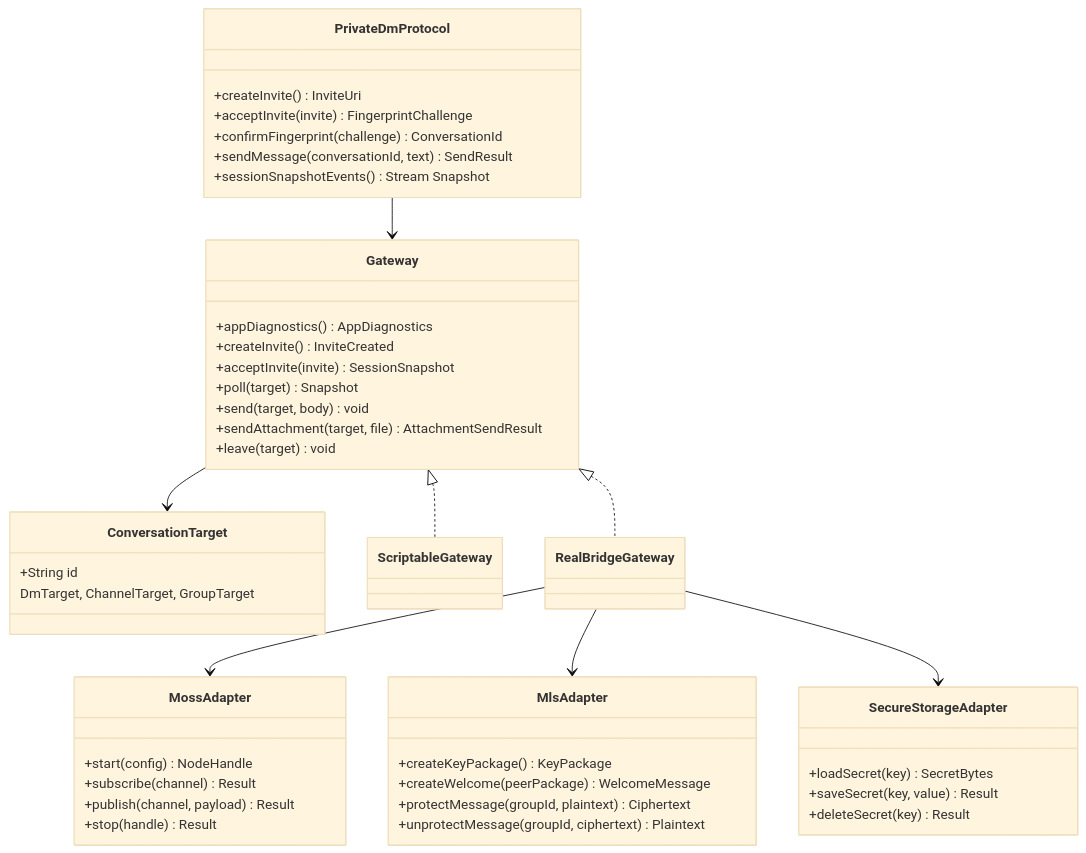
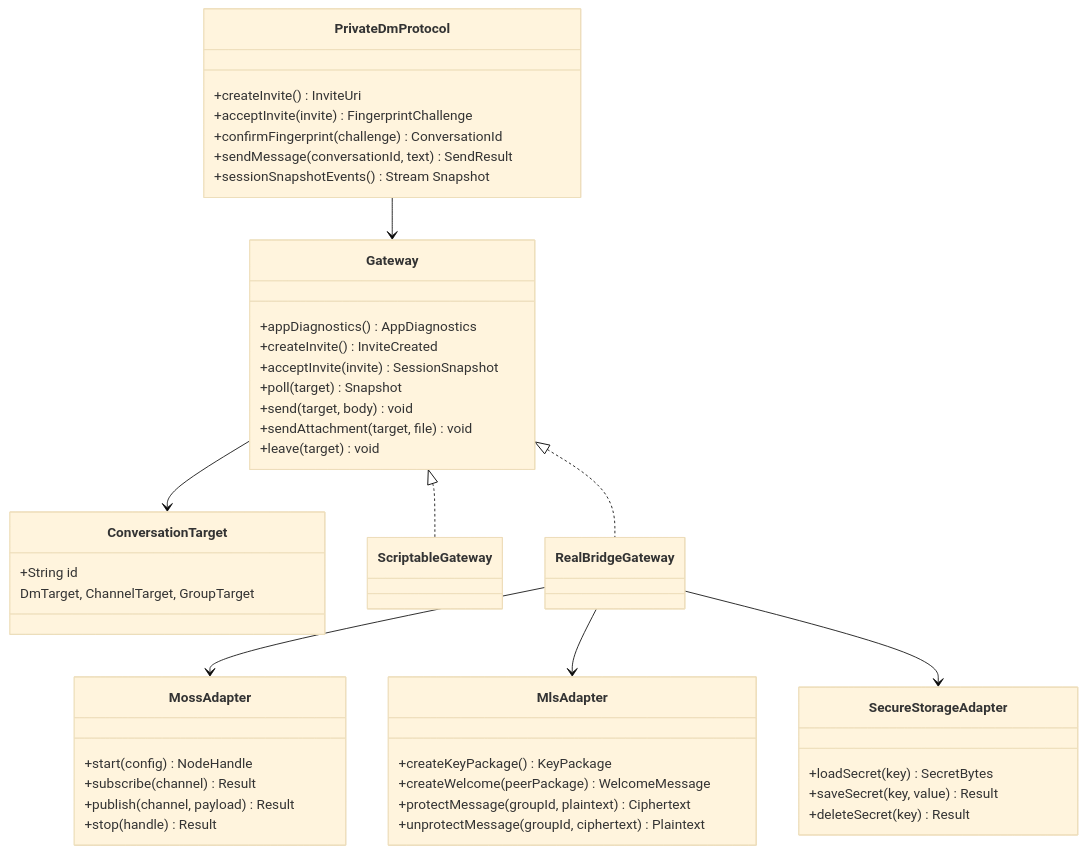
Before and after one commit to redstone-md/mosh-flutter: the sixth of 11 diagrams in docs/Architecture.md, drawn with Mermaid (base theme). The commit also changed other lines of this file and 6 other files, not shown here.

````diff
--- a/docs/Architecture.md
+++ b/docs/Architecture.md
@@ -192,59 +192,59 @@
 ```mermaid
 classDiagram
     class PrivateDmProtocol {
       +createInvite() InviteUri
       +acceptInvite(invite) FingerprintChallenge
       +confirmFingerprint(challenge) ConversationId
       +sendMessage(conversationId, text) SendResult
       +sessionSnapshotEvents() Stream Snapshot
     }
 
     class Gateway {
       +appDiagnostics() AppDiagnostics
       +createInvite() InviteCreated
       +acceptInvite(invite) SessionSnapshot
       +poll(target) Snapshot
       +send(target, body) void
-      +sendAttachment(target, file) AttachmentSendResult
+      +sendAttachment(target, file) void
       +leave(target) void
     }
 
     class ConversationTarget {
       +String id
       DmTarget, ChannelTarget, GroupTarget
     }
 
     class ScriptableGateway {
     }
 
     class RealBridgeGateway {
     }
 
     class MossAdapter {
       +start(config) NodeHandle
       +subscribe(channel) Result
       +publish(channel, payload) Result
       +stop(handle) Result
     }
 
     class MlsAdapter {
       +createKeyPackage() KeyPackage
       +createWelcome(peerPackage) WelcomeMessage
       +protectMessage(groupId, plaintext) Ciphertext
       +unprotectMessage(groupId, ciphertext) Plaintext
     }
 
     class SecureStorageAdapter {
       +loadSecret(key) SecretBytes
       +saveSecret(key, value) Result
       +deleteSecret(key) Result
     }
 
     PrivateDmProtocol --> Gateway
     Gateway --> ConversationTarget
     Gateway <|.. ScriptableGateway
     Gateway <|.. RealBridgeGateway
     RealBridgeGateway --> MossAdapter
     RealBridgeGateway --> MlsAdapter
     RealBridgeGateway --> SecureStorageAdapter
 ```
````
